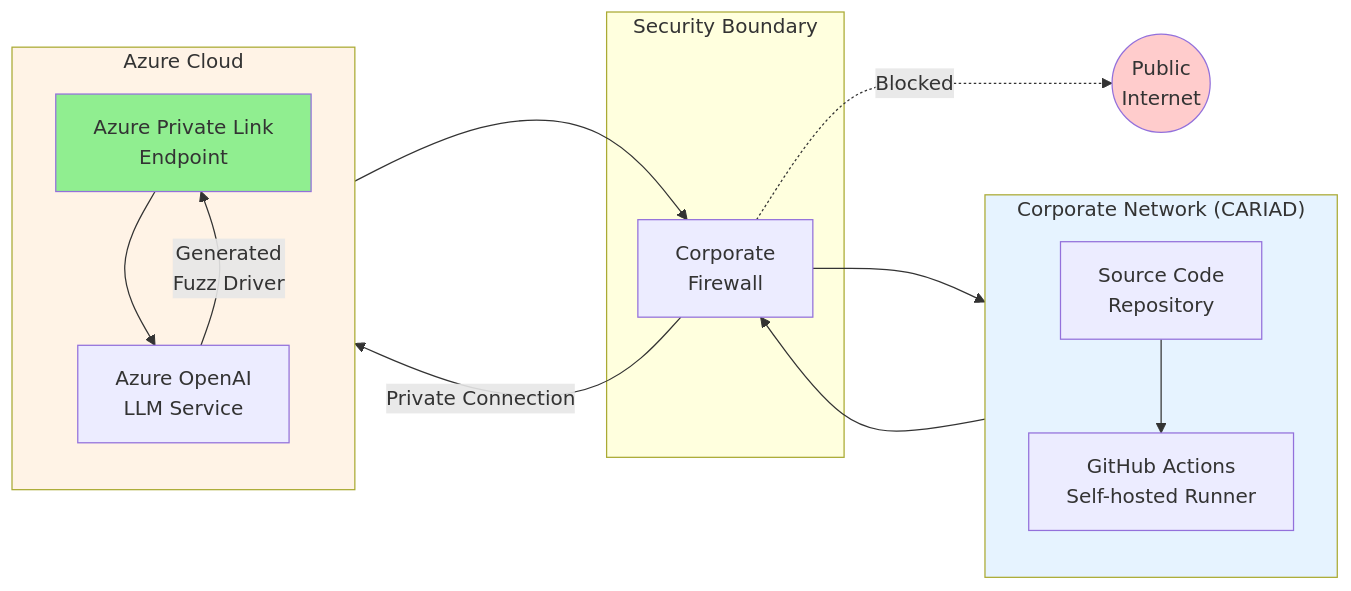
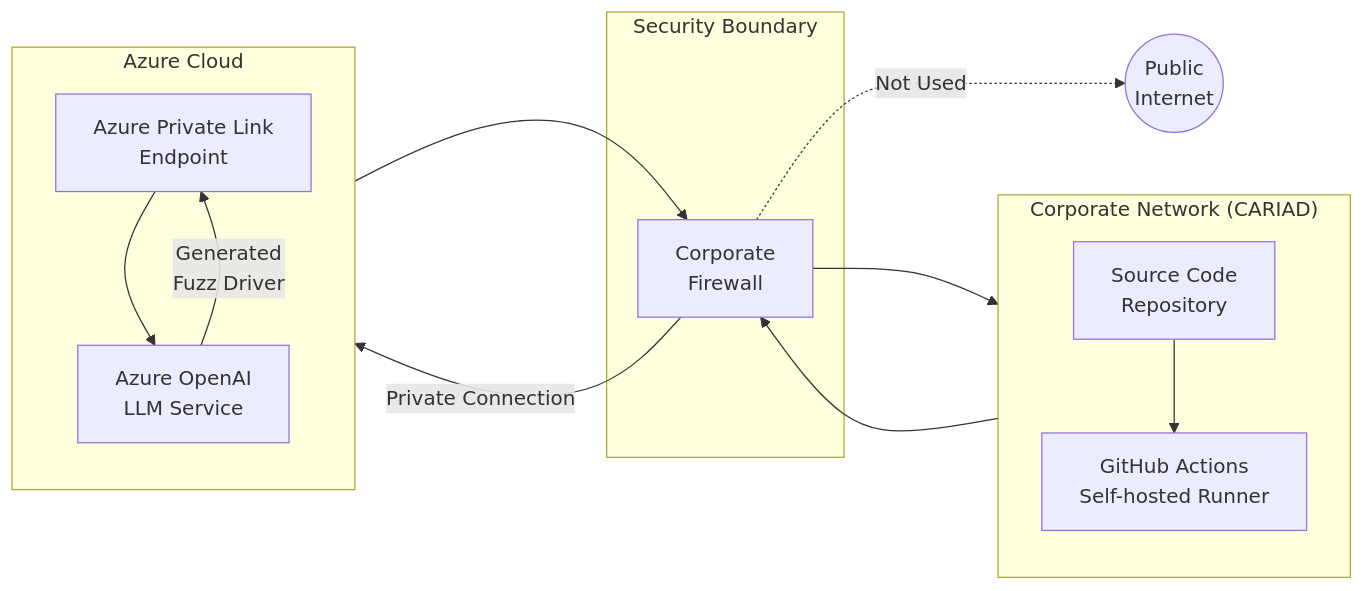
One commit to DARREN-2000/temporary changed the diagram in figure6_1_network_architecture.mmd. Above: the diagram before and after it, drawn with Mermaid. The commit also changed 3 other files, not shown here.

Commit message:
Remove diagram colors to match thesis style, update tex to reference bilder/ folder

```diff
--- a/figure6_1_network_architecture.mmd
+++ b/figure6_1_network_architecture.mmd
@@ -1,30 +1,25 @@
 flowchart LR
     subgraph Corporate["Corporate Network (CARIAD)"]
         direction TB
         GH[GitHub Actions<br>Self-hosted Runner]
         Code[Source Code<br>Repository]
     end
 
     subgraph Azure["Azure Cloud"]
         direction TB
         PL[Azure Private Link<br>Endpoint]
         LLM[Azure OpenAI<br>LLM Service]
     end
 
     subgraph Security["Security Boundary"]
         FW[Corporate<br>Firewall]
     end
 
     Code --> GH
     GH --> FW
-    FW -.->|Blocked| Internet((Public<br>Internet))
+    FW -.->|Not Used| Internet((Public<br>Internet))
     FW -->|Private Connection| PL
     PL --> LLM
     LLM -->|Generated<br>Fuzz Driver| PL
     PL --> FW
     FW --> GH
-
-    style Internet fill:#ffcccc
-    style PL fill:#90EE90
-    style Corporate fill:#E6F3FF
-    style Azure fill:#FFF3E6
```
